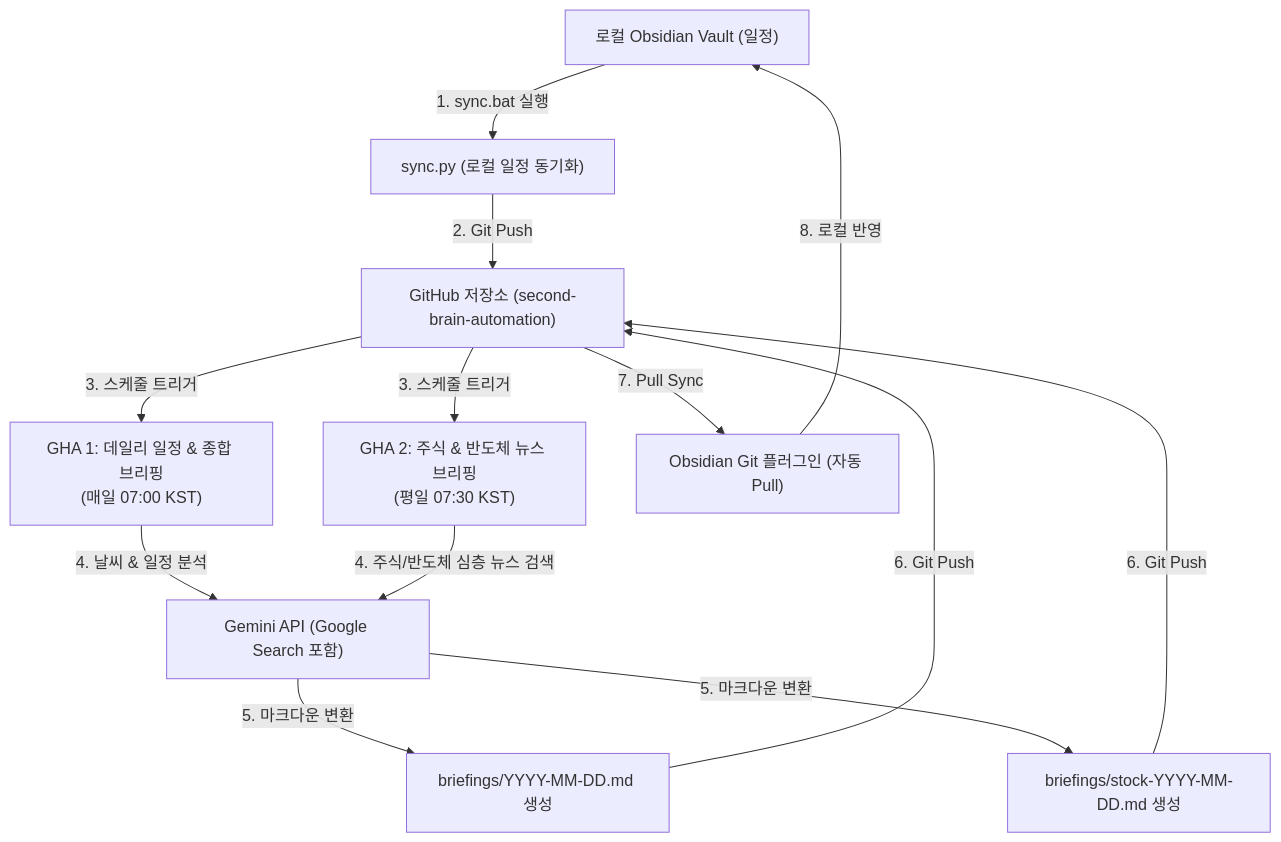
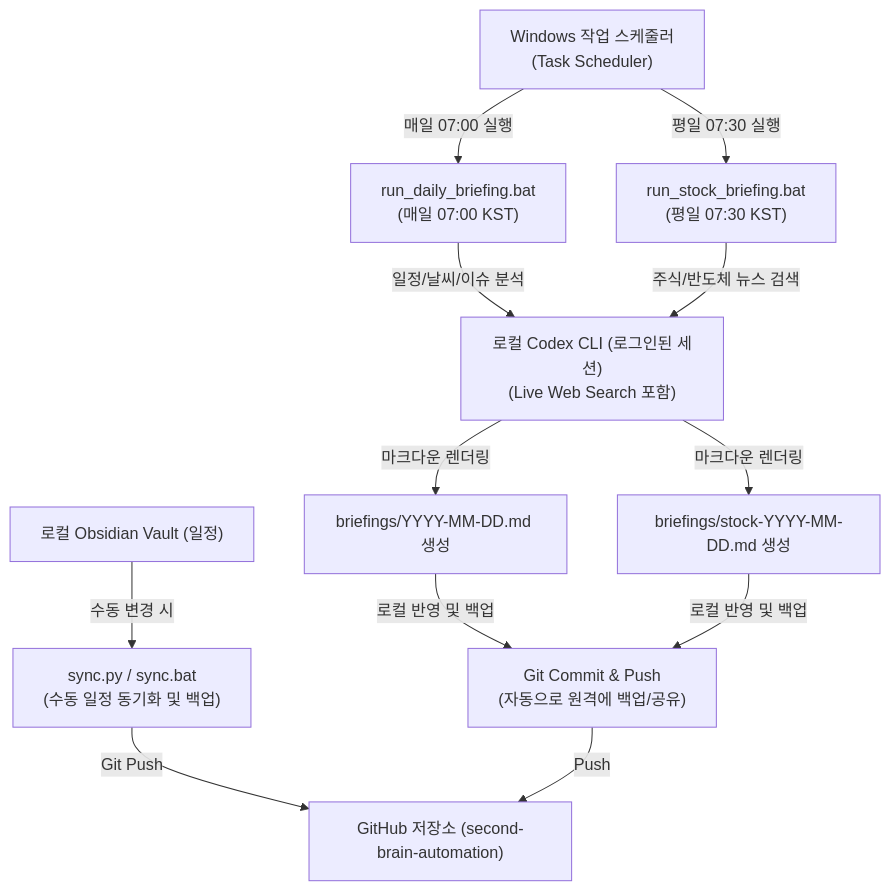
The diagram in 자동화/세컨드브레인자동화 설정.md (sisayousm-beep/second-brain), drawn with Mermaid before and after one commit. The commit also changed other lines of this file and 15 other files, not shown here.

````diff
--- a/자동화/세컨드브레인자동화 설정.md
+++ b/자동화/세컨드브레인자동화 설정.md
@@ -18,34 +19,34 @@
 ```mermaid
 graph TD
     LocalVault["로컬 Obsidian Vault (일정)"]
-    SyncScript["sync.py (로컬 일정 동기화)"]
+    SyncScript["sync.py / sync.bat<br>(수동 일정 동기화 및 백업)"]
     SubRepo["GitHub 저장소 (second-brain-automation)"]
     
-    GHActions1["GHA 1: 데일리 일정 & 종합 브리핑<br>(매일 07:00 KST)"]
-    GHActions2["GHA 2: 주식 & 반도체 뉴스 브리핑<br>(평일 07:30 KST)"]
+    WinScheduler["Windows 작업 스케줄러<br>(Task Scheduler)"]
+    DailyBat["run_daily_briefing.bat<br>(매일 07:00 KST)"]
+    StockBat["run_stock_briefing.bat<br>(평일 07:30 KST)"]
     
-    GeminiAPI["Gemini API (Google Search 포함)"]
+    CodexCLI["로컬 Codex CLI (로그인된 세션)<br>(Live Web Search 포함)"]
     
     OutputBriefing1["briefings/YYYY-MM-DD.md 생성"]
     OutputBriefing2["briefings/stock-YYYY-MM-DD.md 생성"]
     
-    ObsidianGit["Obsidian Git 플러그인 (자동 Pull)"]
+    GitPush["Git Commit & Push<br>(자동으로 원격에 백업/공유)"]
 
-    LocalVault -->|1. sync.bat 실행| SyncScript
-    SyncScript -->|2. Git Push| SubRepo
+    LocalVault -->|수동 변경 시| SyncScript
+    SyncScript -->|Git Push| SubRepo
     
-    SubRepo -->|3. 스케줄 트리거| GHActions1
-    SubRepo -->|3. 스케줄 트리거| GHActions2
+    WinScheduler -->|매일 07:00 실행| DailyBat
+    WinScheduler -->|평일 07:30 실행| StockBat
     
-    GHActions1 -->|4. 날씨 & 일정 분석| GeminiAPI
-    GHActions2 -->|4. 주식/반도체 심층 뉴스 검색| GeminiAPI
+    DailyBat -->|일정/날씨/이슈 분석| CodexCLI
+    StockBat -->|주식/반도체 뉴스 검색| CodexCLI
     
-    GeminiAPI -->|5. 마크다운 변환| OutputBriefing1
-    GeminiAPI -->|5. 마크다운 변환| OutputBriefing2
+    CodexCLI -->|마크다운 렌더링| OutputBriefing1
+    CodexCLI -->|마크다운 렌더링| OutputBriefing2
     
-    OutputBriefing1 -->|6. Git Push| SubRepo
-    OutputBriefing2 -->|6. Git Push| SubRepo
+    OutputBriefing1 -->|로컬 반영 및 백업| GitPush
+    OutputBriefing2 -->|로컬 반영 및 백업| GitPush
     
-    SubRepo -->|7. Pull Sync| ObsidianGit
-    ObsidianGit -->|8. 로컬 반영| LocalVault
+    GitPush -->|Push| SubRepo
 ```
````
